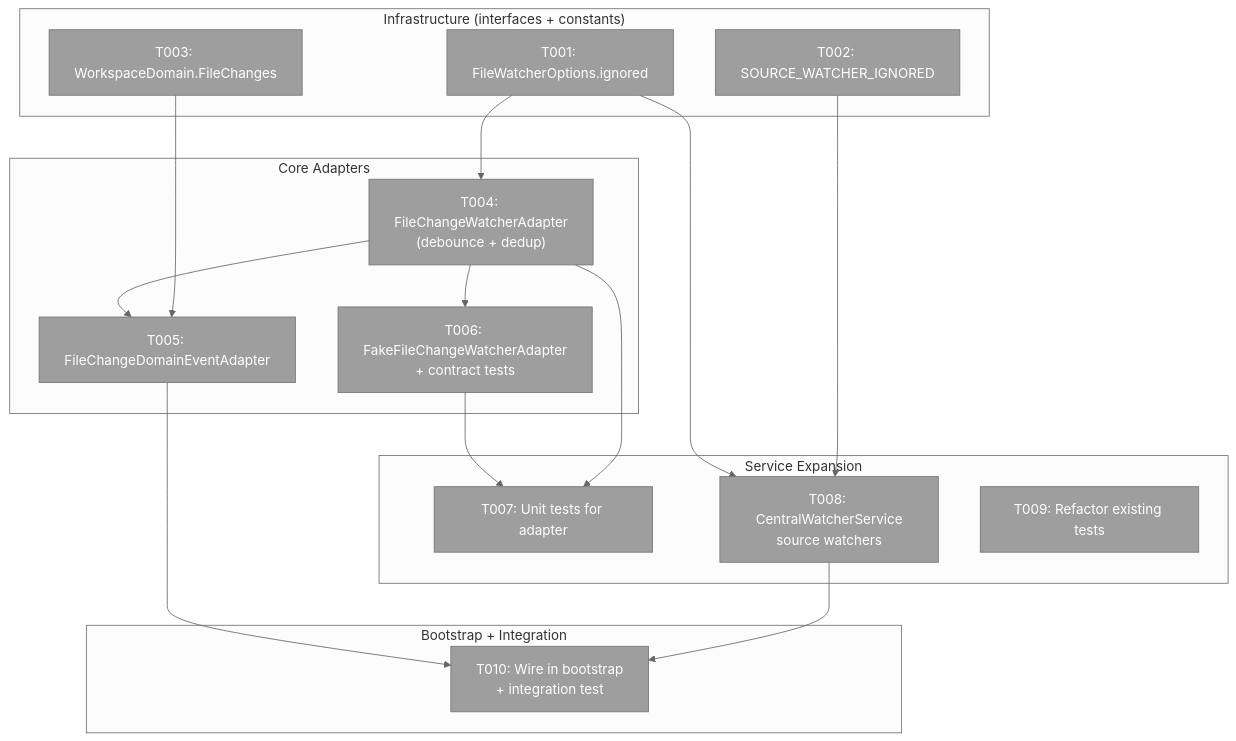
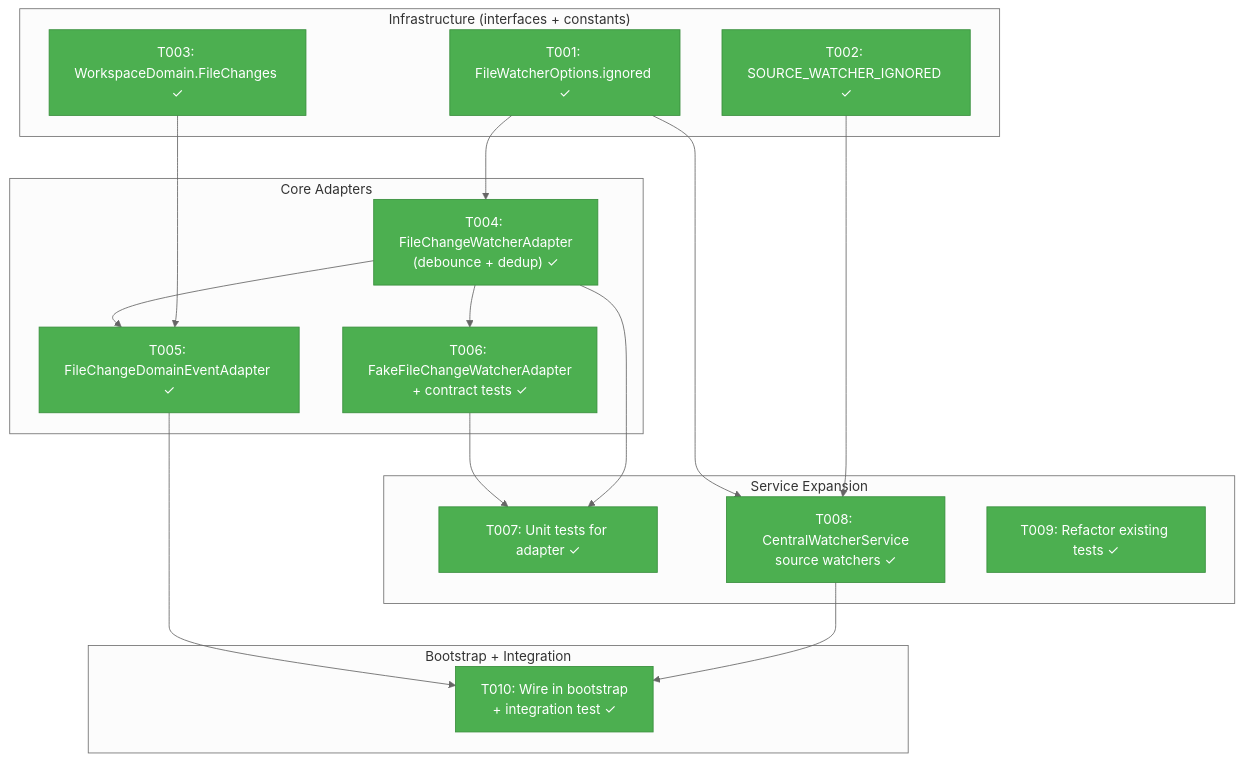
Before and after one commit to AI-Substrate/chainglass: the first of 3 diagrams in docs/plans/045-live-file-events/tasks/phase-1-server-side-event-pipeline/tasks.md, drawn with Mermaid (neutral theme). The commit also changed other lines of this file and 21 other files, not shown here.

````diff
--- a/docs/plans/045-live-file-events/tasks/phase-1-server-side-event-pipeline/tasks.md
+++ b/docs/plans/045-live-file-events/tasks/phase-1-server-side-event-pipeline/tasks.md
@@ -115,40 +115,40 @@
 ```mermaid
 flowchart TD
     classDef pending fill:#9E9E9E,stroke:#757575,color:#fff
     classDef inprogress fill:#FF9800,stroke:#F57C00,color:#fff
     classDef completed fill:#4CAF50,stroke:#388E3C,color:#fff
     classDef blocked fill:#F44336,stroke:#D32F2F,color:#fff
 
     subgraph Infra["Infrastructure (interfaces + constants)"]
-        T001["T001: FileWatcherOptions.ignored"]:::pending
-        T002["T002: SOURCE_WATCHER_IGNORED"]:::pending
-        T003["T003: WorkspaceDomain.FileChanges"]:::pending
+        T001["T001: FileWatcherOptions.ignored ✓"]:::completed
+        T002["T002: SOURCE_WATCHER_IGNORED ✓"]:::completed
+        T003["T003: WorkspaceDomain.FileChanges ✓"]:::completed
     end
 
     subgraph Core["Core Adapters"]
-        T004["T004: FileChangeWatcherAdapter<br/>(debounce + dedup)"]:::pending
-        T005["T005: FileChangeDomainEventAdapter"]:::pending
-        T006["T006: FakeFileChangeWatcherAdapter<br/>+ contract tests"]:::pending
+        T004["T004: FileChangeWatcherAdapter<br/>(debounce + dedup) ✓"]:::completed
+        T005["T005: FileChangeDomainEventAdapter ✓"]:::completed
+        T006["T006: FakeFileChangeWatcherAdapter<br/>+ contract tests ✓"]:::completed
     end
 
     subgraph Service["Service Expansion"]
-        T007["T007: Unit tests for adapter"]:::pending
-        T008["T008: CentralWatcherService<br/>source watchers"]:::pending
-        T009["T009: Refactor existing tests"]:::pending
+        T007["T007: Unit tests for adapter ✓"]:::completed
+        T008["T008: CentralWatcherService<br/>source watchers ✓"]:::completed
+        T009["T009: Refactor existing tests ✓"]:::completed
     end
 
     subgraph Bootstrap["Bootstrap + Integration"]
-        T010["T010: Wire in bootstrap<br/>+ integration test"]:::pending
+        T010["T010: Wire in bootstrap<br/>+ integration test ✓"]:::completed
     end
 
     T001 --> T004
     T002 --> T008
     T003 --> T005
     T004 --> T005
     T004 --> T006
     T004 --> T007
     T001 --> T008
     T008 --> T010
     T005 --> T010
     T006 --> T007
 ```
````
